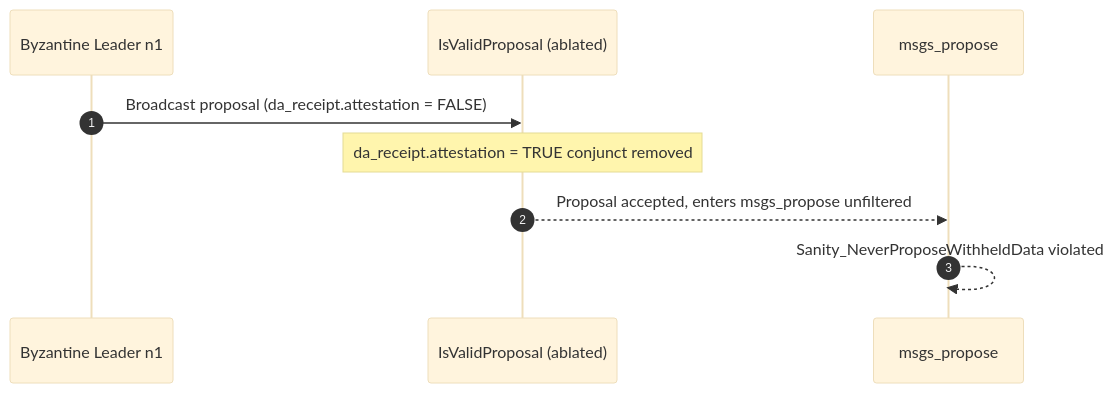
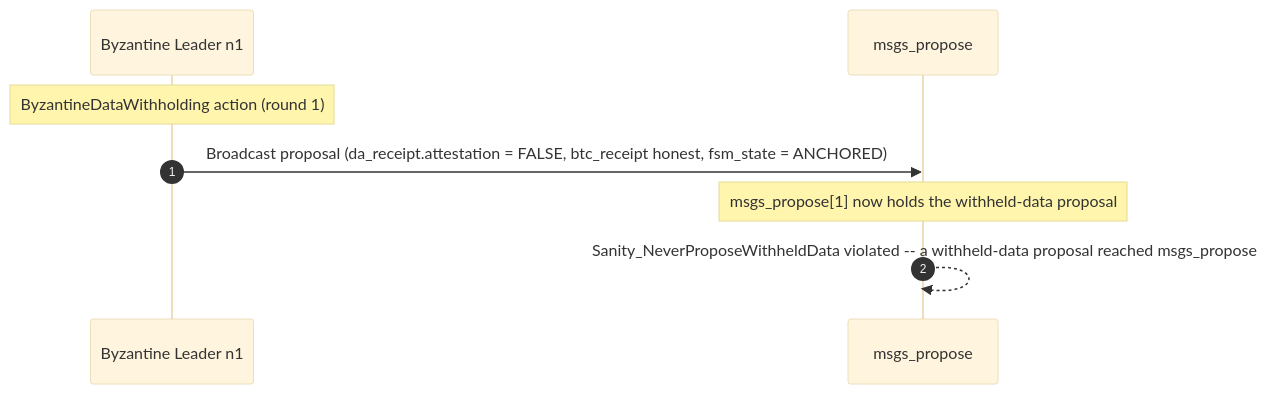
Before and after one commit to cuongct924/engram-sovereign-fsm: the eighth of 9 diagrams in spec/README.md, drawn with Mermaid (base theme). The commit also changed other lines of this file and 4 other files, not shown here.

````diff
--- a/spec/README.md
+++ b/spec/README.md
@@ -955,12 +978,11 @@
 ```mermaid
 sequenceDiagram
     autonumber
     participant B as Byzantine Leader n1
-    participant F as IsValidProposal (ablated)
     participant Q as msgs_propose
 
-    B->>F: Broadcast proposal (da_receipt.attestation = FALSE)
-    Note over F: da_receipt.attestation = TRUE conjunct removed
-    F-->>Q: Proposal accepted, enters msgs_propose unfiltered
-    Q-->>Q: Sanity_NeverProposeWithheldData violated
+    Note over B: ByzantineDataWithholding action (round 1)
+    B->>Q: Broadcast proposal (da_receipt.attestation = FALSE, btc_receipt honest, fsm_state = ANCHORED)
+    Note over Q: msgs_propose[1] now holds the withheld-data proposal
+    Q-->>Q: Sanity_NeverProposeWithheldData violated -- a withheld-data proposal reached msgs_propose
 ```
````
